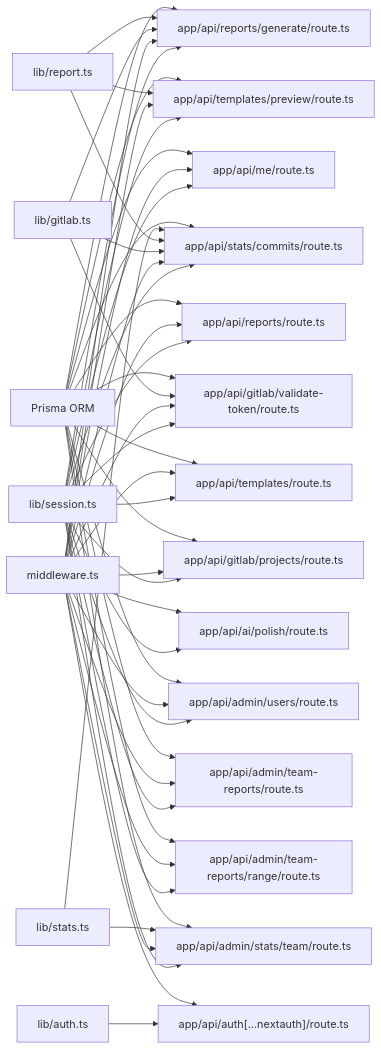
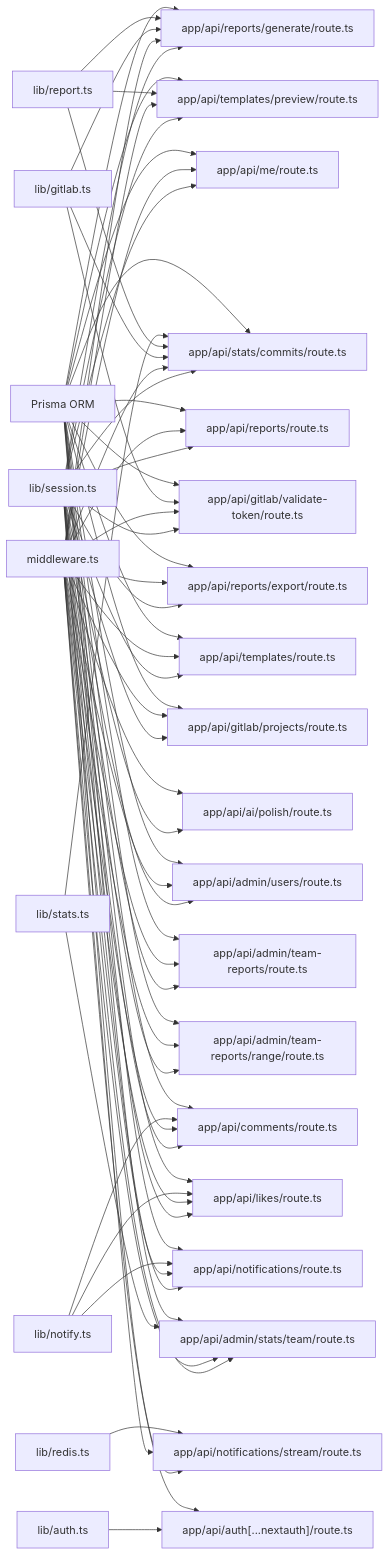
Before and after one commit to jrj444/git-daily: the third of 3 diagrams in .qoder/repowiki/en/content/API Reference/API Reference.md, drawn with Mermaid. The commit also changed other lines of this file and 12 other files, not shown here.

````diff
--- a/.qoder/repowiki/en/content/API Reference/API Reference.md
+++ b/.qoder/repowiki/en/content/API Reference/API Reference.md
@@ -575,51 +791,69 @@
 ```mermaid
 graph LR
 SESSION["lib/session.ts"] --> ROUTE_ME["app/api/me/route.ts"]
 SESSION --> ROUTE_REPORTS["app/api/reports/route.ts"]
 SESSION --> ROUTE_REPORTS_GEN["app/api/reports/generate/route.ts"]
+SESSION --> ROUTE_REPORTS_EXPORT["app/api/reports/export/route.ts"]
 SESSION --> ROUTE_STATS_COMMITS["app/api/stats/commits/route.ts"]
 SESSION --> ROUTE_TEMPLATES["app/api/templates/route.ts"]
 SESSION --> ROUTE_TEMPLATES_PREVIEW["app/api/templates/preview/route.ts"]
 SESSION --> ROUTE_GITLAB_PROJ["app/api/gitlab/projects/route.ts"]
 SESSION --> ROUTE_GITLAB_VALIDATE["app/api/gitlab/validate-token/route.ts"]
 SESSION --> ROUTE_AI["app/api/ai/polish/route.ts"]
+SESSION --> ROUTE_COMMENTS["app/api/comments/route.ts"]
+SESSION --> ROUTE_LIKES["app/api/likes/route.ts"]
+SESSION --> ROUTE_NOTIF["app/api/notifications/route.ts"]
+SESSION --> ROUTE_NOTIF_STREAM["app/api/notifications/stream/route.ts"]
 SESSION --> ROUTE_ADMIN_USERS["app/api/admin/users/route.ts"]
 SESSION --> ROUTE_ADMIN_TEAM["app/api/admin/team-reports/route.ts"]
 SESSION --> ROUTE_ADMIN_TEAM_RANGE["app/api/admin/team-reports/range/route.ts"]
 SESSION --> ROUTE_ADMIN_TEAM_STATS["app/api/admin/stats/team/route.ts"]
 AUTH["lib/auth.ts"] --> ROUTE_AUTH["app/api/auth[...nextauth]/route.ts"]
 MWARE["middleware.ts"] --> ROUTE_AUTH
 MWARE --> ROUTE_ME
 MWARE --> ROUTE_REPORTS
 MWARE --> ROUTE_REPORTS_GEN
+MWARE --> ROUTE_REPORTS_EXPORT
 MWARE --> ROUTE_STATS_COMMITS
 MWARE --> ROUTE_TEMPLATES
 MWARE --> ROUTE_TEMPLATES_PREVIEW
 MWARE --> ROUTE_GITLAB_PROJ
 MWARE --> ROUTE_GITLAB_VALIDATE
 MWARE --> ROUTE_AI
+MWARE --> ROUTE_COMMENTS
+MWARE --> ROUTE_LIKES
+MWARE --> ROUTE_NOTIF
+MWARE --> ROUTE_NOTIF_STREAM
 MWARE --> ROUTE_ADMIN_USERS
 MWARE --> ROUTE_ADMIN_TEAM
 MWARE --> ROUTE_ADMIN_TEAM_RANGE
 MWARE --> ROUTE_ADMIN_TEAM_STATS
 GITLAB["lib/gitlab.ts"] --> ROUTE_REPORTS_GEN
 GITLAB --> ROUTE_STATS_COMMITS
 GITLAB --> ROUTE_GITLAB_VALIDATE
 REPORT["lib/report.ts"] --> ROUTE_REPORTS_GEN
 REPORT --> ROUTE_STATS_COMMITS
 REPORT --> ROUTE_TEMPLATES_PREVIEW
+NOTIFY["lib/notify.ts"] --> ROUTE_COMMENTS
+NOTIFY --> ROUTE_LIKES
+NOTIFY --> ROUTE_NOTIF
+REDIS["lib/redis.ts"] --> ROUTE_NOTIF_STREAM
 STATS["lib/stats.ts"] --> ROUTE_STATS_COMMITS
 STATS --> ROUTE_ADMIN_TEAM_STATS
 PRISMA["Prisma ORM"] --> ROUTE_ME
 PRISMA --> ROUTE_REPORTS
 PRISMA --> ROUTE_REPORTS_GEN
+PRISMA --> ROUTE_REPORTS_EXPORT
 PRISMA --> ROUTE_STATS_COMMITS
 PRISMA --> ROUTE_TEMPLATES
 PRISMA --> ROUTE_TEMPLATES_PREVIEW
 PRISMA --> ROUTE_GITLAB_PROJ
 PRISMA --> ROUTE_GITLAB_VALIDATE
 PRISMA --> ROUTE_ADMIN_USERS
 PRISMA --> ROUTE_ADMIN_TEAM
 PRISMA --> ROUTE_ADMIN_TEAM_RANGE
 PRISMA --> ROUTE_ADMIN_TEAM_STATS
+PRISMA --> ROUTE_COMMENTS
+PRISMA --> ROUTE_LIKES
+PRISMA --> ROUTE_NOTIF
 ```
````
